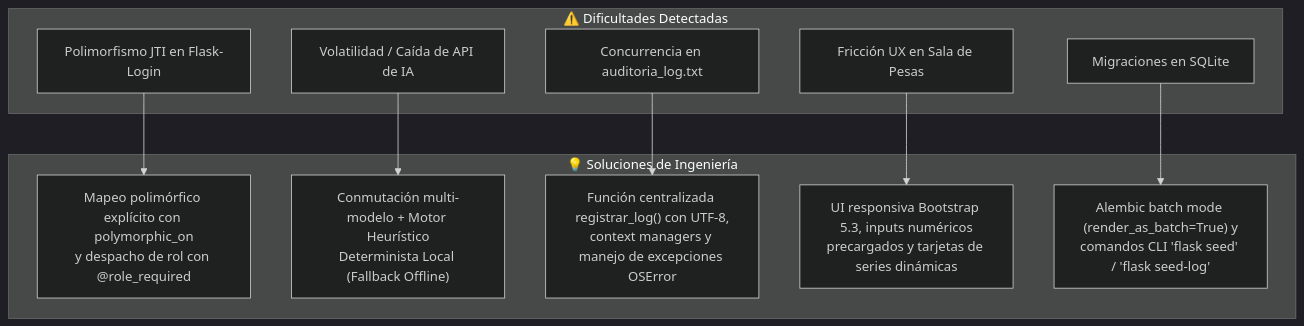
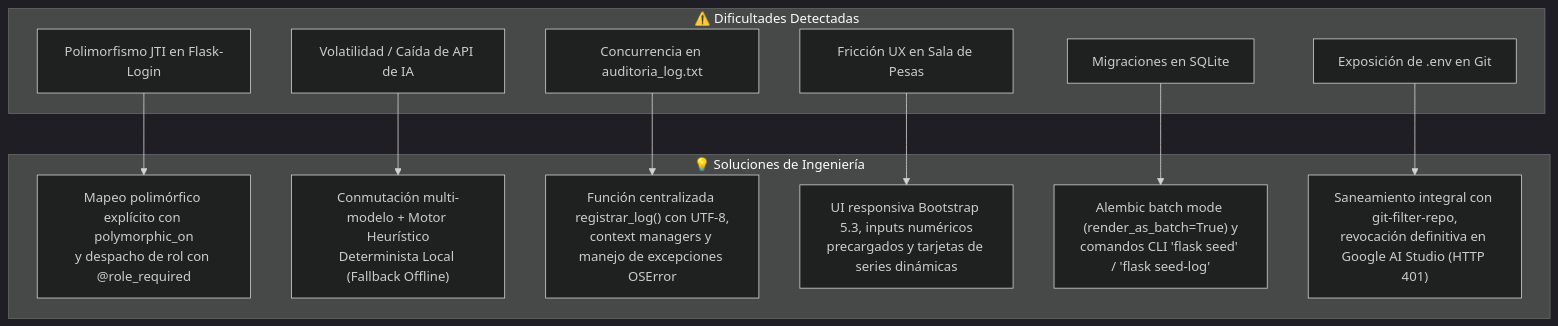
Before and after one commit to YaskCode-laboratory/Sistema-de-Gestion-de-Rutinas-de-Entrenamiento-con-Pesas: the seventh of 9 diagrams in README.md, drawn with Mermaid (dark theme). The commit also changed other lines of this file and 4 other files, not shown here.

````diff
--- a/README.md
+++ b/README.md
@@ -1324,24 +1325,27 @@
 ```mermaid
 flowchart TD
     subgraph Dificultades ["⚠️ Dificultades Detectadas"]
         D1["Polimorfismo JTI en Flask-Login"]
         D2["Volatilidad / Caída de API de IA"]
         D3["Concurrencia en auditoria_log.txt"]
         D4["Fricción UX en Sala de Pesas"]
         D5["Migraciones en SQLite"]
+        D6["Exposición de .env en Git"]
     end
 
     subgraph Soluciones ["💡 Soluciones de Ingeniería"]
         S1["Mapeo polimórfico explícito con polymorphic_on\ny despacho de rol con @role_required"]
         S2["Conmutación multi-modelo + Motor Heurístico\nDeterminista Local (Fallback Offline)"]
         S3["Función centralizada registrar_log() con UTF-8,\ncontext managers y manejo de excepciones OSError"]
         S4["UI responsiva Bootstrap 5.3, inputs numéricos\nprecargados y tarjetas de series dinámicas"]
         S5["Alembic batch mode (render_as_batch=True) y\ncomandos CLI 'flask seed' / 'flask seed-log'"]
+        S6["Saneamiento integral con git-filter-repo,\nrevocación definitiva en Google AI Studio (HTTP 401)"]
     end
 
     D1 --> S1
     D2 --> S2
     D3 --> S3
     D4 --> S4
     D5 --> S5
+    D6 --> S6
 ```
````
